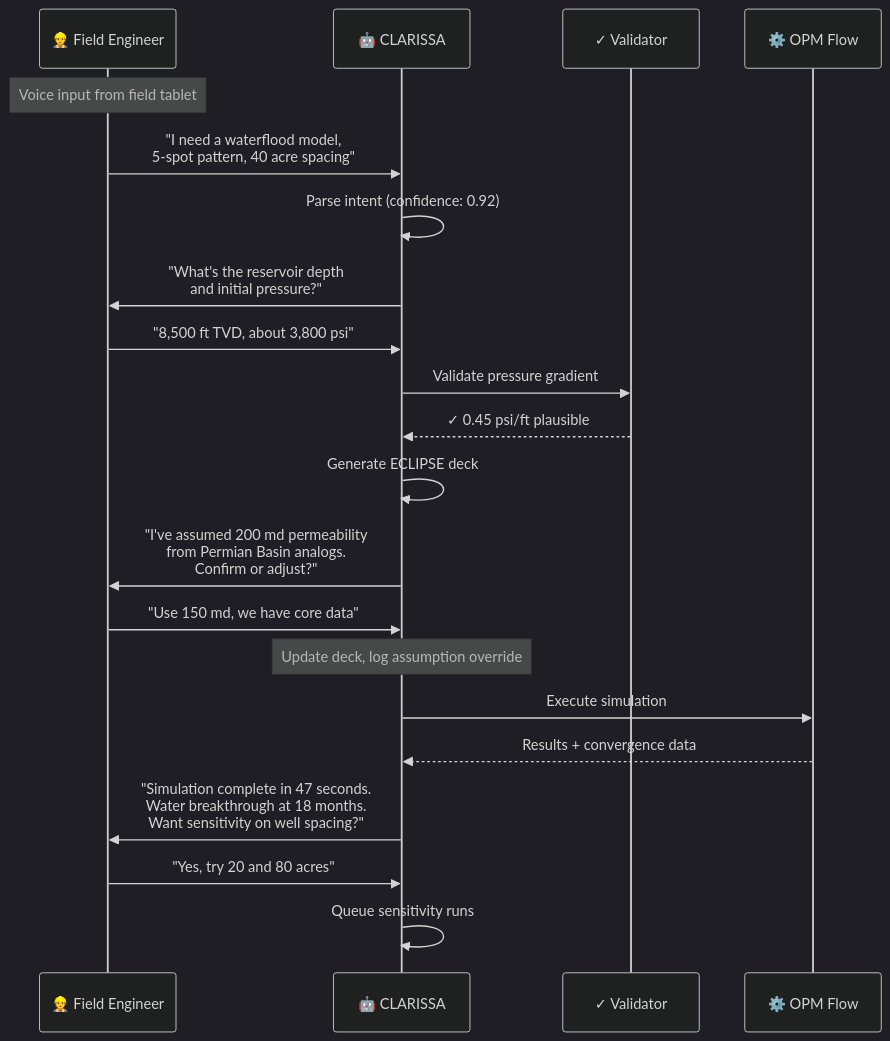
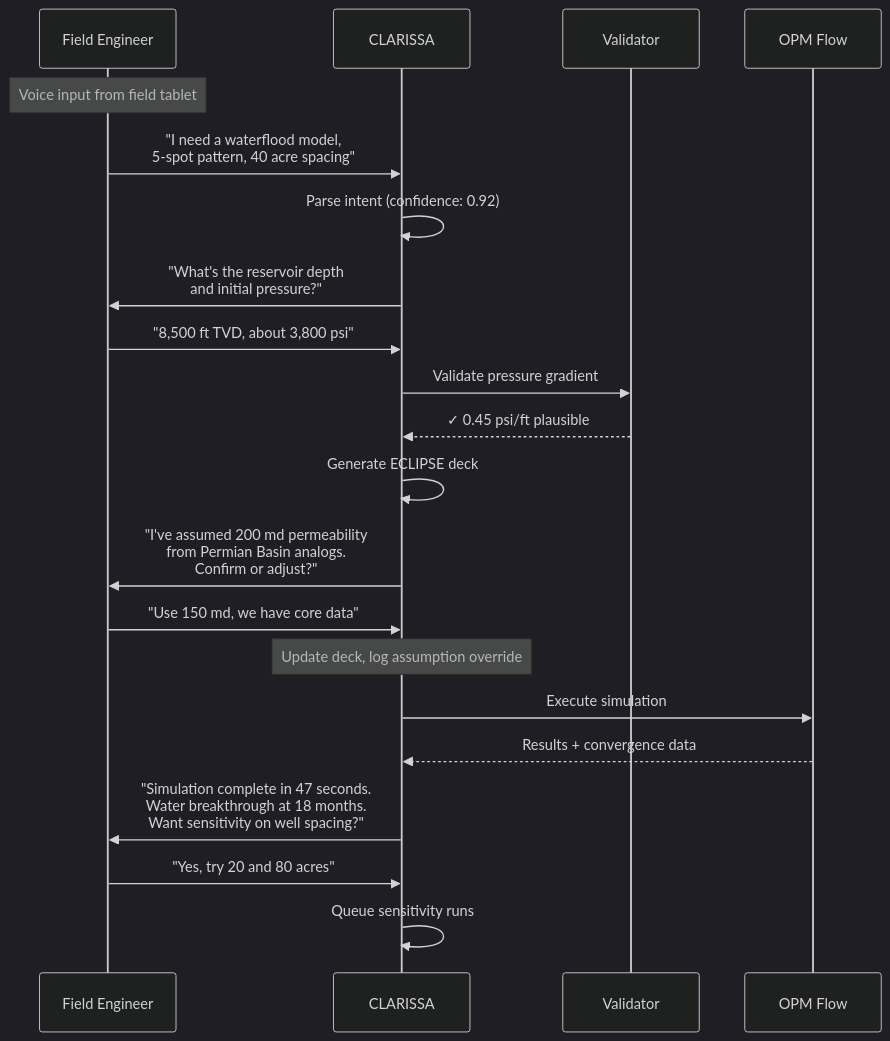
Before and after one commit to wolfram-laube/clarissa: the fifth of 6 diagrams in conference/spe-europe-2026/sources/wolfram/abstract-merged.md, drawn with Mermaid (dark theme). The commit also changed other lines of this file, not shown here.

Commit message:
fix: remove emojis from diagrams, simplify architecture diagram

````diff
--- a/conference/spe-europe-2026/sources/wolfram/abstract-merged.md
+++ b/conference/spe-europe-2026/sources/wolfram/abstract-merged.md
@@ -218,24 +173,24 @@
 ```mermaid
 sequenceDiagram
-    participant E as 👷 Field Engineer
-    participant C as 🤖 CLARISSA
-    participant V as ✓ Validator
-    participant S as ⚙️ OPM Flow
+    participant E as Field Engineer
+    participant C as CLARISSA
+    participant V as Validator
+    participant S as OPM Flow
 
     Note over E: Voice input from field tablet
     E->>C: "I need a waterflood model,<br/>5-spot pattern, 40 acre spacing"
     C->>C: Parse intent (confidence: 0.92)
     C->>E: "What's the reservoir depth<br/>and initial pressure?"
     E->>C: "8,500 ft TVD, about 3,800 psi"
     C->>V: Validate pressure gradient
     V-->>C: ✓ 0.45 psi/ft plausible
     C->>C: Generate ECLIPSE deck
     C->>E: "I've assumed 200 md permeability<br/>from Permian Basin analogs.<br/>Confirm or adjust?"
     E->>C: "Use 150 md, we have core data"
     Note over C: Update deck, log assumption override
     C->>S: Execute simulation
     S-->>C: Results + convergence data
     C->>E: "Simulation complete in 47 seconds.<br/>Water breakthrough at 18 months.<br/>Want sensitivity on well spacing?"
     E->>C: "Yes, try 20 and 80 acres"
     C->>C: Queue sensitivity runs
 ```
````
